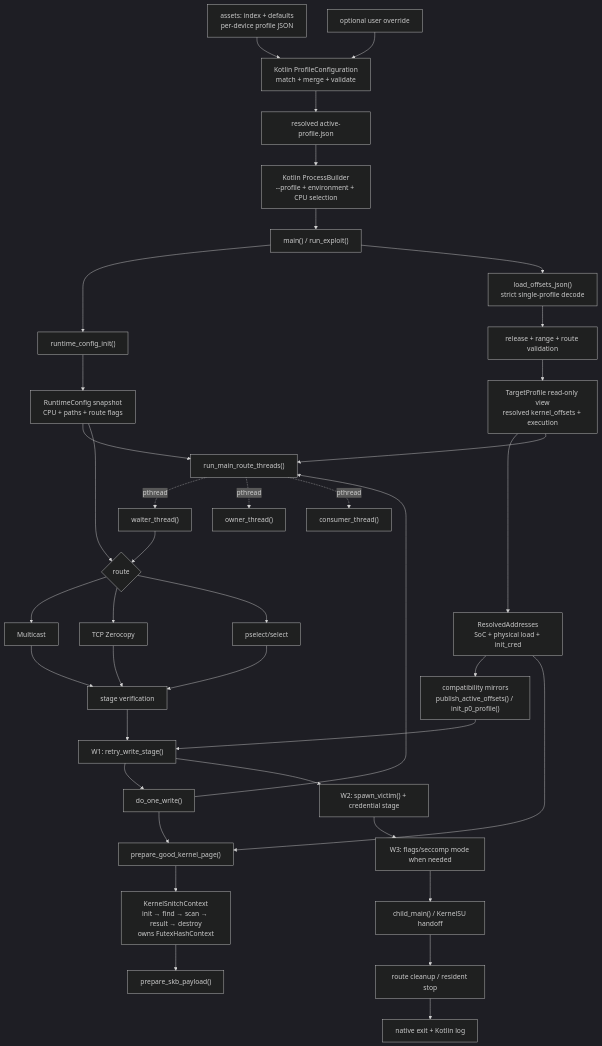
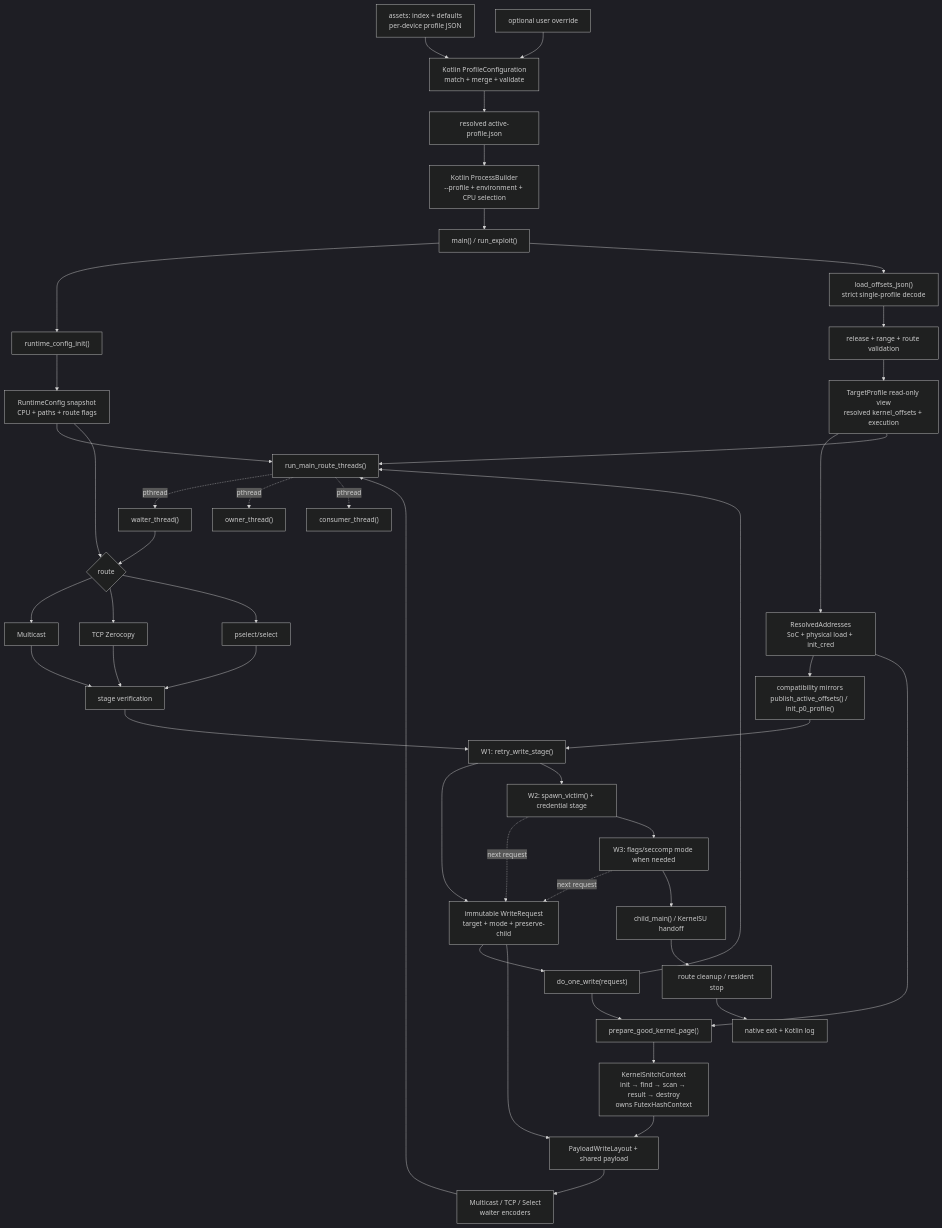
The first of 7 diagrams in analysis/routes.md (YuKongA/ghostlock-app), drawn with Mermaid (dark theme) before and after one commit. The commit also changed other lines of this file and 3 other files, not shown here.

````diff
--- a/analysis/routes.md
+++ b/analysis/routes.md
@@ -7,41 +7,47 @@
 ```mermaid
 flowchart TD
     Assets["assets: index + defaults<br/>per-device profile JSON"] --> Resolve["Kotlin ProfileConfiguration<br/>match + merge + validate"]
     Override["optional user override"] --> Resolve
     Resolve --> Active["resolved active-profile.json"]
     Active --> Launch["Kotlin ProcessBuilder<br/>--profile + environment + CPU selection"]
     Launch --> Main["main() / run_exploit()"]
     Main --> Config["runtime_config_init()"]
     Config --> Snapshot["RuntimeConfig snapshot<br/>CPU + paths + route flags"]
     Main --> Decode["load_offsets_json()<br/>strict single-profile decode"]
     Decode --> Validate["release + range + route validation"]
     Validate --> Profile["TargetProfile read-only view<br/>resolved kernel_offsets + execution"]
     Profile --> Addresses["ResolvedAddresses<br/>SoC + physical load + init_cred"]
     Addresses --> Init["compatibility mirrors<br/>publish_active_offsets() / init_p0_profile()"]
     Init --> W1["W1: retry_write_stage()"]
-    W1 --> Write["do_one_write()"]
+    W1 --> Request["immutable WriteRequest<br/>target + mode + preserve-child"]
+    W2 -. next request .-> Request
+    W3 -. next request .-> Request
+    Request --> Write["do_one_write(request)"]
     Write --> Page["prepare_good_kernel_page()"]
     Page --> Snitch["KernelSnitchContext<br/>init → find → scan → result → destroy<br/>owns FutexHashContext"]
-    Snitch --> Payload["prepare_skb_payload()"]
+    Snitch --> Payload["PayloadWriteLayout + shared payload"]
+    Request --> Payload
+    Payload --> Encoders["Multicast / TCP / Select<br/>waiter encoders"]
+    Encoders --> Race
     Write --> Race["run_main_route_threads()"]
     Snapshot --> Race
     Profile --> Race
     Addresses --> Page
     Race -. pthread .-> Waiter["waiter_thread()"]
     Race -. pthread .-> Owner["owner_thread()"]
     Race -. pthread .-> Consumer["consumer_thread()"]
     Waiter --> Choice{"route"}
     Snapshot --> Choice
     Choice --> M["Multicast"]
     Choice --> T["TCP Zerocopy"]
     Choice --> P["pselect/select"]
     M --> Verify["stage verification"]
     T --> Verify
     P --> Verify
     Verify --> W1
     W1 --> W2["W2: spawn_victim() + credential stage"]
     W2 --> W3["W3: flags/seccomp mode when needed"]
     W3 --> Root["child_main() / KernelSU handoff"]
     Root --> Cleanup["route cleanup / resident stop"]
     Cleanup --> Exit["native exit + Kotlin log"]
 ```
````
